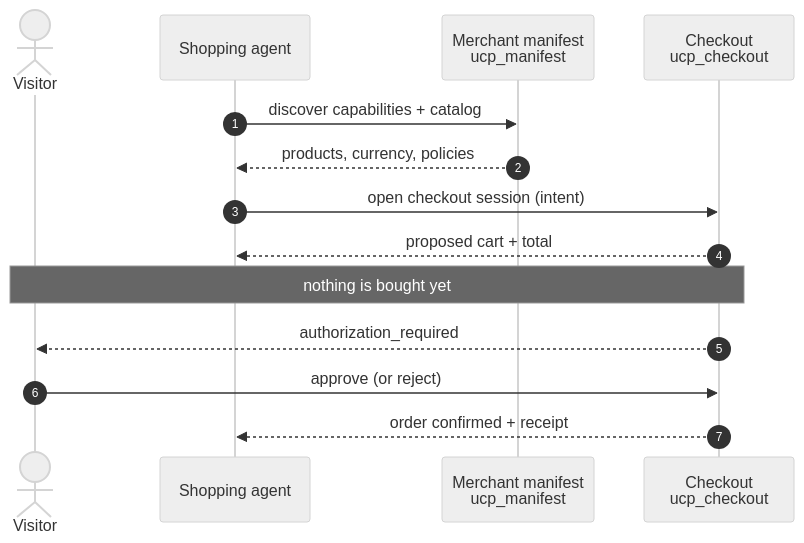
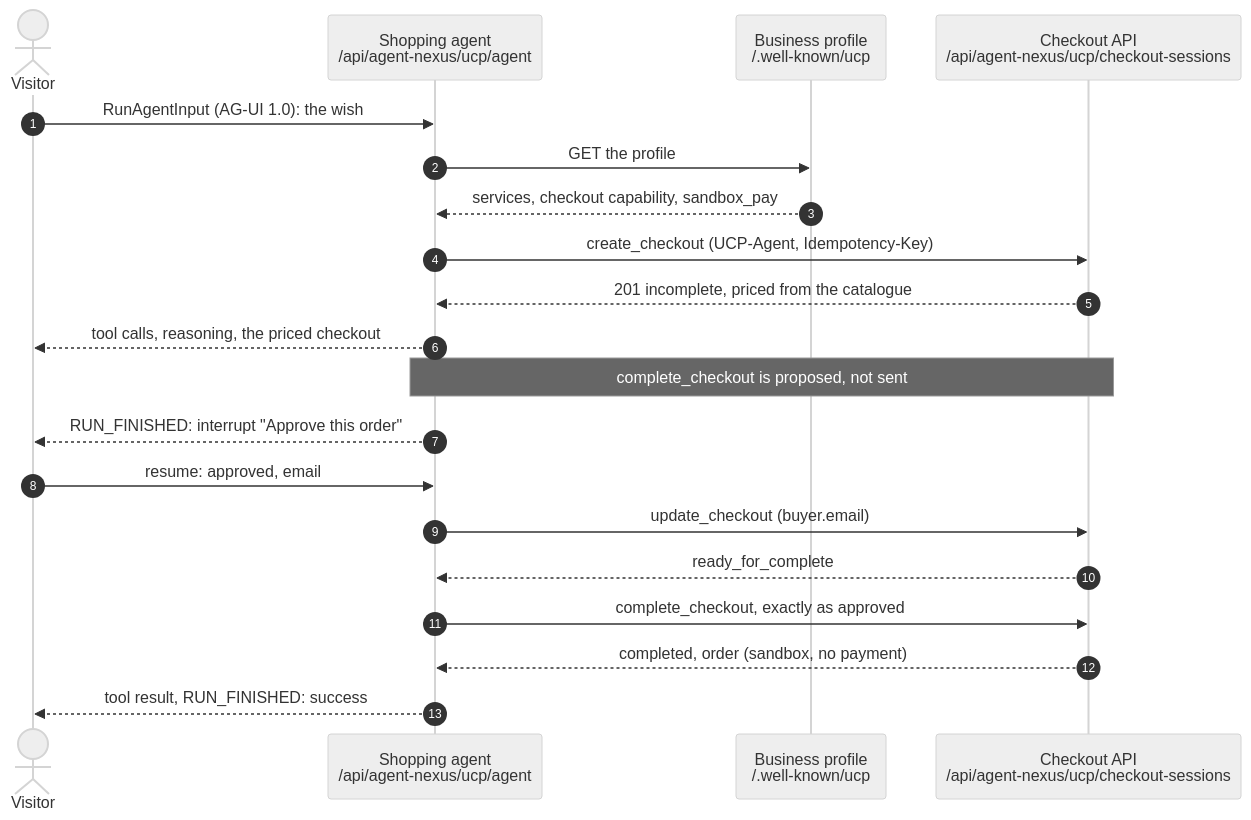
The diagram in Build/Diagrams/ucp.mmd (dirnbauer/typo3-agent-nexus), drawn with Mermaid (neutral theme) before and after one commit. The commit also changed 3 other files, not shown here.

First line of the commit message:
docs(ucp): document the UCP 2026-08-25 business, its agent and where it deviates

```diff
--- a/Build/Diagrams/ucp.mmd
+++ b/Build/Diagrams/ucp.mmd
@@ -1,14 +1,20 @@
 sequenceDiagram
     autonumber
     actor V as Visitor
-    participant A as Shopping agent
-    participant M as Merchant manifest<br/>ucp_manifest
-    participant C as Checkout<br/>ucp_checkout
-    A->>M: discover capabilities + catalog
-    M-->>A: products, currency, policies
-    A->>C: open checkout session (intent)
-    C-->>A: proposed cart + total
-    Note over V,C: nothing is bought yet
-    C-->>V: authorization_required
-    V->>C: approve (or reject)
-    C-->>A: order confirmed + receipt
+    participant A as Shopping agent<br/>/api/agent-nexus/ucp/agent
+    participant P as Business profile<br/>/.well-known/ucp
+    participant B as Checkout API<br/>/api/agent-nexus/ucp/checkout-sessions
+    V->>A: RunAgentInput (AG-UI 1.0): the wish
+    A->>P: GET the profile
+    P-->>A: services, checkout capability, sandbox_pay
+    A->>B: create_checkout (UCP-Agent, Idempotency-Key)
+    B-->>A: 201 incomplete, priced from the catalogue
+    A-->>V: tool calls, reasoning, the priced checkout
+    Note over A,B: complete_checkout is proposed, not sent
+    A-->>V: RUN_FINISHED: interrupt "Approve this order"
+    V->>A: resume: approved, email
+    A->>B: update_checkout (buyer.email)
+    B-->>A: ready_for_complete
+    A->>B: complete_checkout, exactly as approved
+    B-->>A: completed, order (sandbox, no payment)
+    A-->>V: tool result, RUN_FINISHED: success
```
